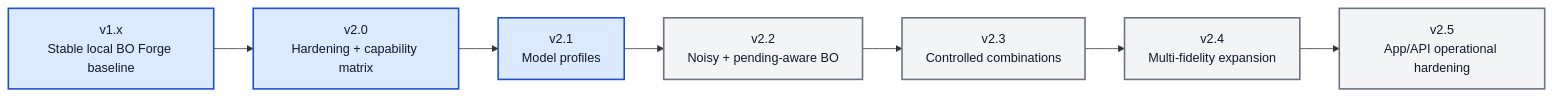
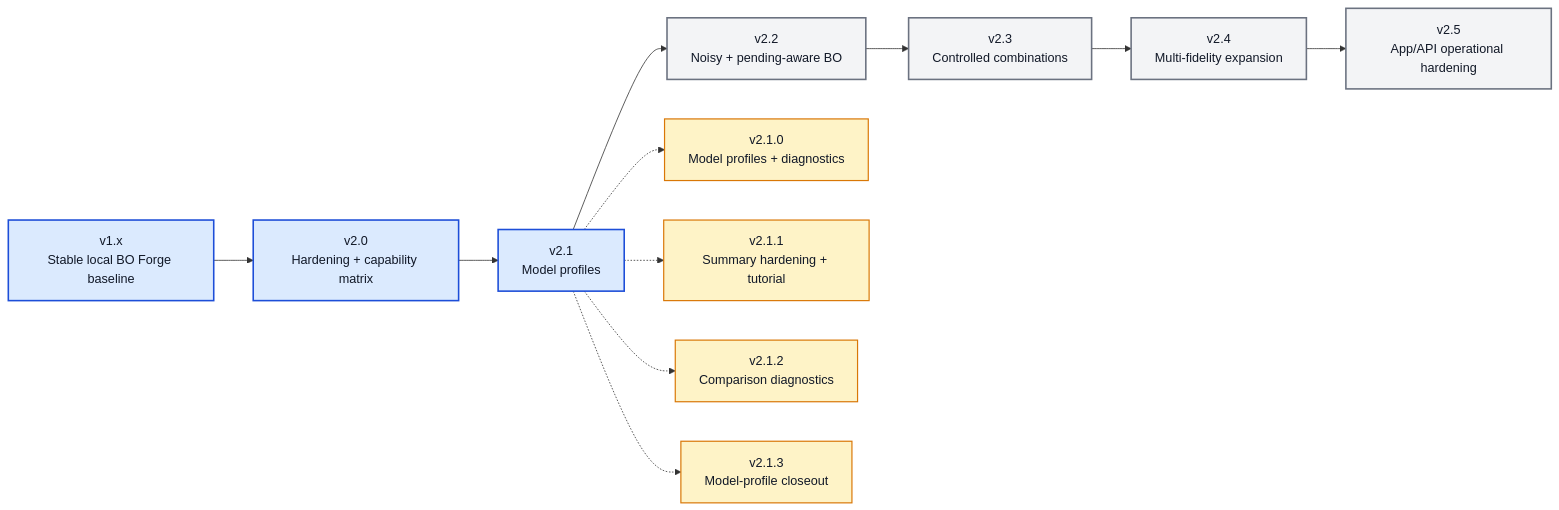
Before and after one commit to angzeli/bo-forge: the diagram in ROADMAP_V2_X.md, drawn with Mermaid. The commit also changed other lines of this file and 24 other files, not shown here.

Commit message:
v2.1.3 update: Final polish for model profile diagnostics

````diff
--- a/ROADMAP_V2_X.md
+++ b/ROADMAP_V2_X.md
@@ -14,11 +15,23 @@
 ```mermaid
 flowchart LR
     v10["v1.x<br/>Stable local BO Forge baseline"] --> v20["v2.0<br/>Hardening + capability matrix"] --> v21["v2.1<br/>Model profiles"] --> v22["v2.2<br/>Noisy + pending-aware BO"] --> v23["v2.3<br/>Controlled combinations"] --> v24["v2.4<br/>Multi-fidelity expansion"] --> v25["v2.5<br/>App/API operational hardening"]
 
-    class v10,v20,v21 done
-    class v22,v23,v24,v25 future
+    v210["v2.1.0<br/>Model profiles + diagnostics"]
+    v211["v2.1.1<br/>Summary hardening + tutorial"]
+    v212["v2.1.2<br/>Comparison diagnostics"]
+    v213["v2.1.3<br/>Model-profile closeout"]
 
-    classDef done fill:#dbeafe,stroke:#1d4ed8,stroke-width:2px,color:#111827;
-    classDef active fill:#dcfce7,stroke:#15803d,stroke-width:2px,color:#111827;
-    classDef future fill:#f3f4f6,stroke:#6b7280,stroke-width:2px,color:#111827;
+    v21 -.-> v210
+    v21 -.-> v211
+    v21 -.-> v212
+    v21 -.-> v213
+
+    class v10,v20,v21 majorDone
+    class v22,v23,v24,v25 majorFuture
+    class v210,v211,v212,v213 patchDone
+
+    classDef majorDone fill:#dbeafe,stroke:#1d4ed8,stroke-width:2px,color:#111827;
+    classDef majorActive fill:#dcfce7,stroke:#15803d,stroke-width:2px,color:#111827;
+    classDef majorFuture fill:#f3f4f6,stroke:#6b7280,stroke-width:2px,color:#111827;
+    classDef patchDone fill:#fef3c7,stroke:#d97706,stroke-width:1.5px,color:#111827;
 ```
````
